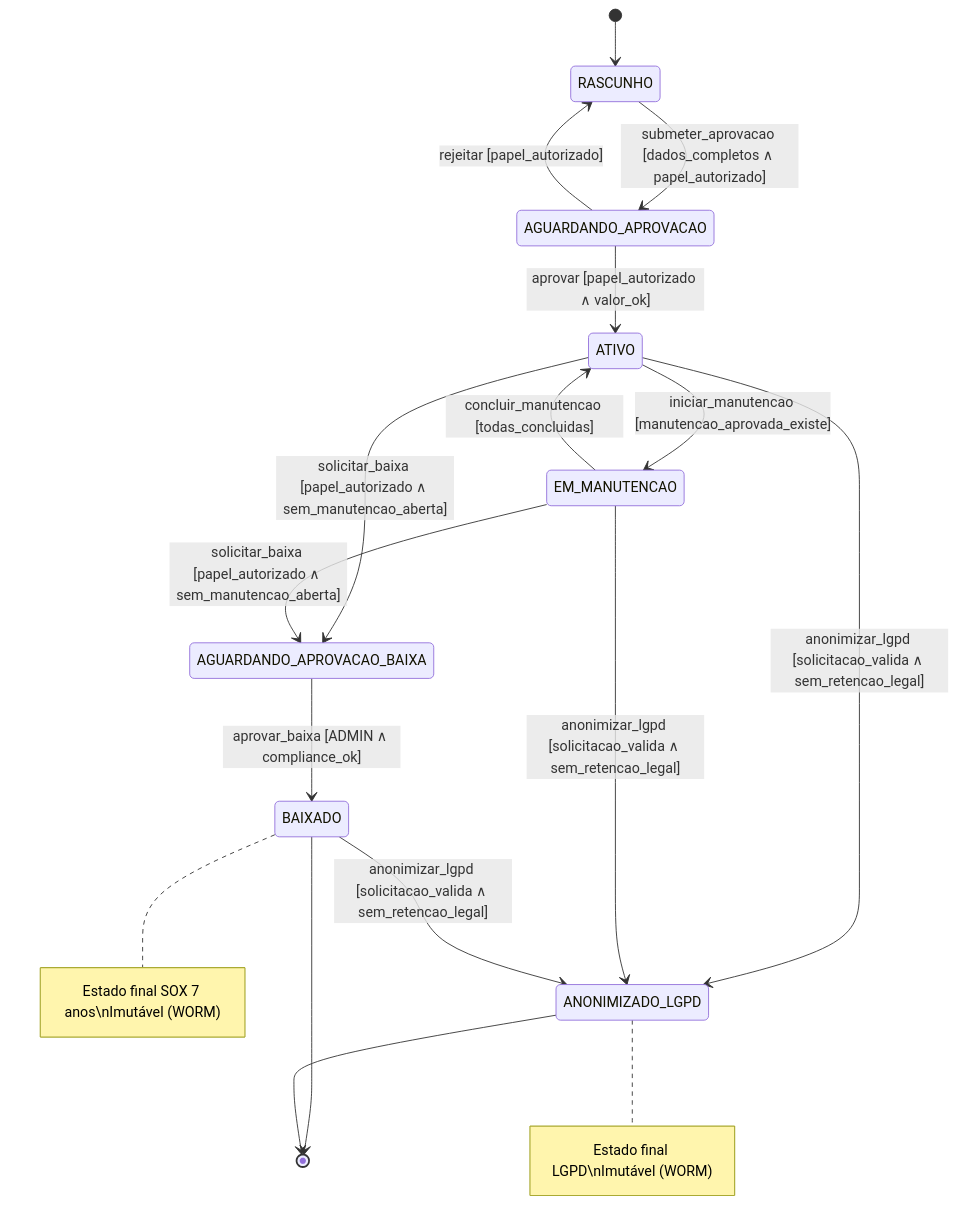
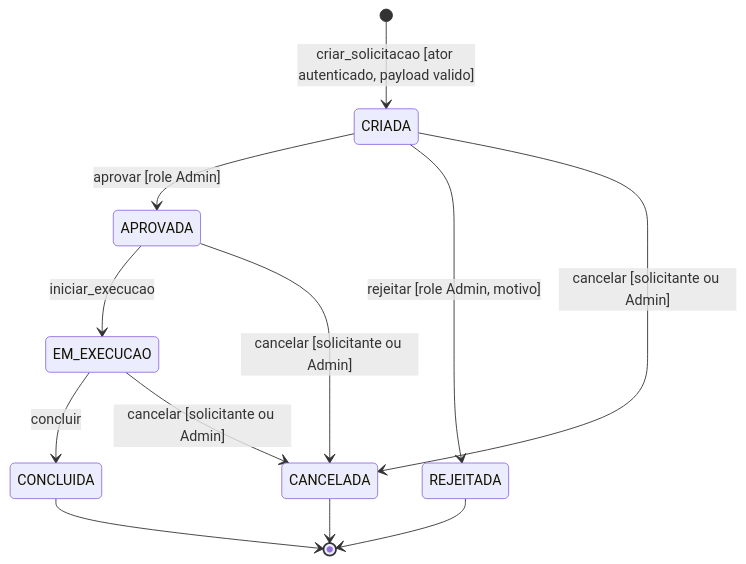
The first of 3 diagrams in docs/03-architecture/state-machines.md (diogo-rp-menezes/aegispatrimonio), drawn with Mermaid before and after one commit. The commit also changed other lines of this file and 35 other files, not shown here.

````diff
--- a/docs/03-architecture/state-machines.md
+++ b/docs/03-architecture/state-machines.md
@@ -55,20 +93,14 @@
 ```mermaid
 stateDiagram-v2
-    [*] --> RASCUNHO
-    RASCUNHO --> AGUARDANDO_APROVACAO: submeter_aprovacao [dados_completos ∧ papel_autorizado]
-    AGUARDANDO_APROVACAO --> ATIVO: aprovar [papel_autorizado ∧ valor_ok]
-    AGUARDANDO_APROVACAO --> RASCUNHO: rejeitar [papel_autorizado]
-    ATIVO --> EM_MANUTENCAO: iniciar_manutencao [manutencao_aprovada_existe]
-    EM_MANUTENCAO --> ATIVO: concluir_manutencao [todas_concluidas]
-    ATIVO --> AGUARDANDO_APROVACAO_BAIXA: solicitar_baixa [papel_autorizado ∧ sem_manutencao_aberta]
-    EM_MANUTENCAO --> AGUARDANDO_APROVACAO_BAIXA: solicitar_baixa [papel_autorizado ∧ sem_manutencao_aberta]
-    AGUARDANDO_APROVACAO_BAIXA --> BAIXADO: aprovar_baixa [ADMIN ∧ compliance_ok]
-    ATIVO --> ANONIMIZADO_LGPD: anonimizar_lgpd [solicitacao_valida ∧ sem_retencao_legal]
-    EM_MANUTENCAO --> ANONIMIZADO_LGPD: anonimizar_lgpd [solicitacao_valida ∧ sem_retencao_legal]
-    BAIXADO --> ANONIMIZADO_LGPD: anonimizar_lgpd [solicitacao_valida ∧ sem_retencao_legal]
-    BAIXADO --> [*]
-    ANONIMIZADO_LGPD --> [*]
-    
-    note right of BAIXADO: Estado final SOX 7 anos\nImutável (WORM)
-    note right of ANONIMIZADO_LGPD: Estado final LGPD\nImutável (WORM)
+    [*] --> CRIADA: criar_solicitacao [ator autenticado, payload valido]
+    CRIADA --> APROVADA: aprovar [role Admin]
+    CRIADA --> REJEITADA: rejeitar [role Admin, motivo]
+    CRIADA --> CANCELADA: cancelar [solicitante ou Admin]
+    APROVADA --> EM_EXECUCAO: iniciar_execucao
+    APROVADA --> CANCELADA: cancelar [solicitante ou Admin]
+    EM_EXECUCAO --> CONCLUIDA: concluir
+    EM_EXECUCAO --> CANCELADA: cancelar [solicitante ou Admin]
+    REJEITADA --> [*]
+    CONCLUIDA --> [*]
+    CANCELADA --> [*]
 ```
````
